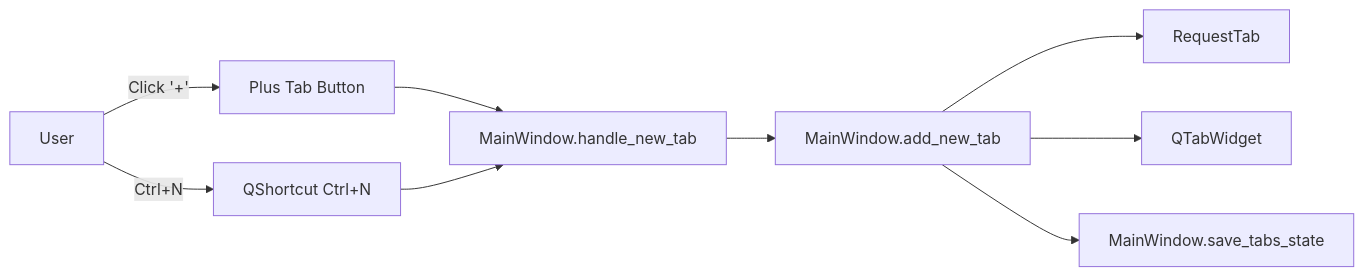
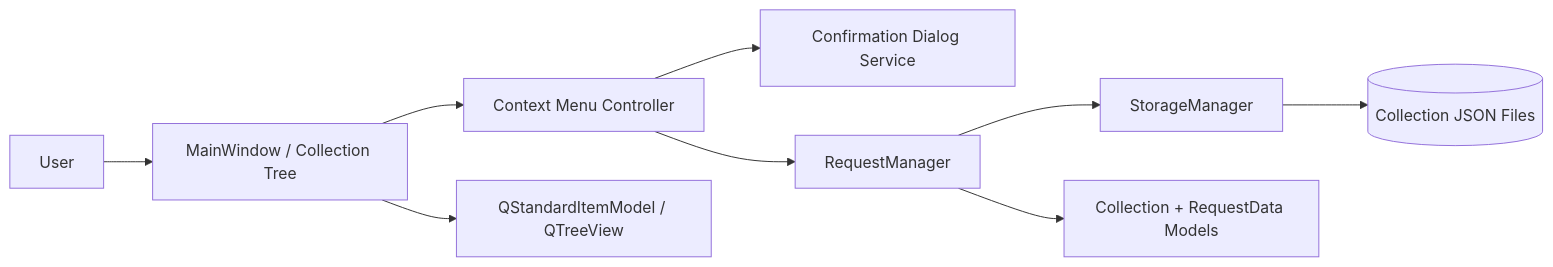
Before and after one commit to koctep/pypost: the diagram in ai-tasks/PYPOST-35/20-architecture.md, drawn with Mermaid. The commit also changed other lines of this file and 165 other files, not shown here.

First line of the commit message:
feature(ui): PYPOST-36 add collection tree rename

````diff
--- a/ai-tasks/PYPOST-35/20-architecture.md
+++ b/ai-tasks/PYPOST-35/20-architecture.md
@@ -41,11 +37,11 @@
 ```mermaid
 flowchart LR
-    U[User] -->|Click '+'| PTB[Plus Tab Button]
-    U -->|Ctrl+N| NS[QShortcut Ctrl+N]
-    PTB --> HNT[MainWindow.handle_new_tab]
-    NS --> HNT
-    HNT --> ANT[MainWindow.add_new_tab]
-    ANT --> RT[RequestTab]
-    ANT --> QT[QTabWidget]
-    ANT --> SS[MainWindow.save_tabs_state]
+    User --> UI[MainWindow / Collection Tree]
+    UI --> CM[Context Menu Controller]
+    CM --> CONF[Confirmation Dialog Service]
+    CM --> APP[RequestManager]
+    APP --> PERSIST[StorageManager]
+    PERSIST --> FS[(Collection JSON Files)]
+    APP --> MODELS[Collection + RequestData Models]
+    UI --> TREE[QStandardItemModel / QTreeView]
 ```
````
